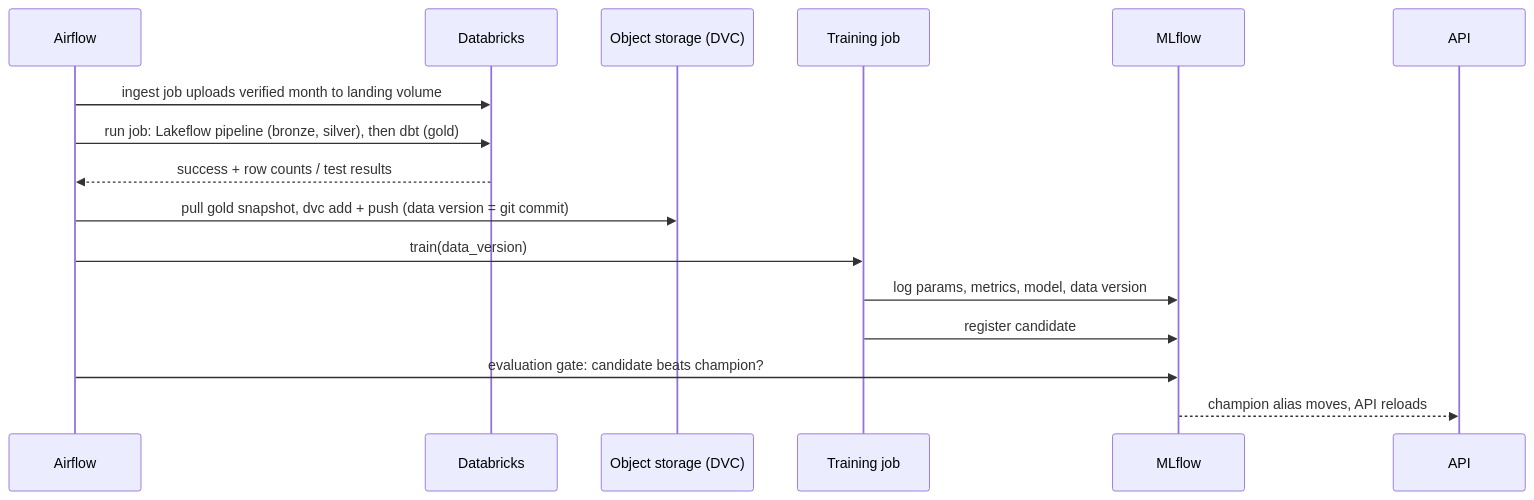
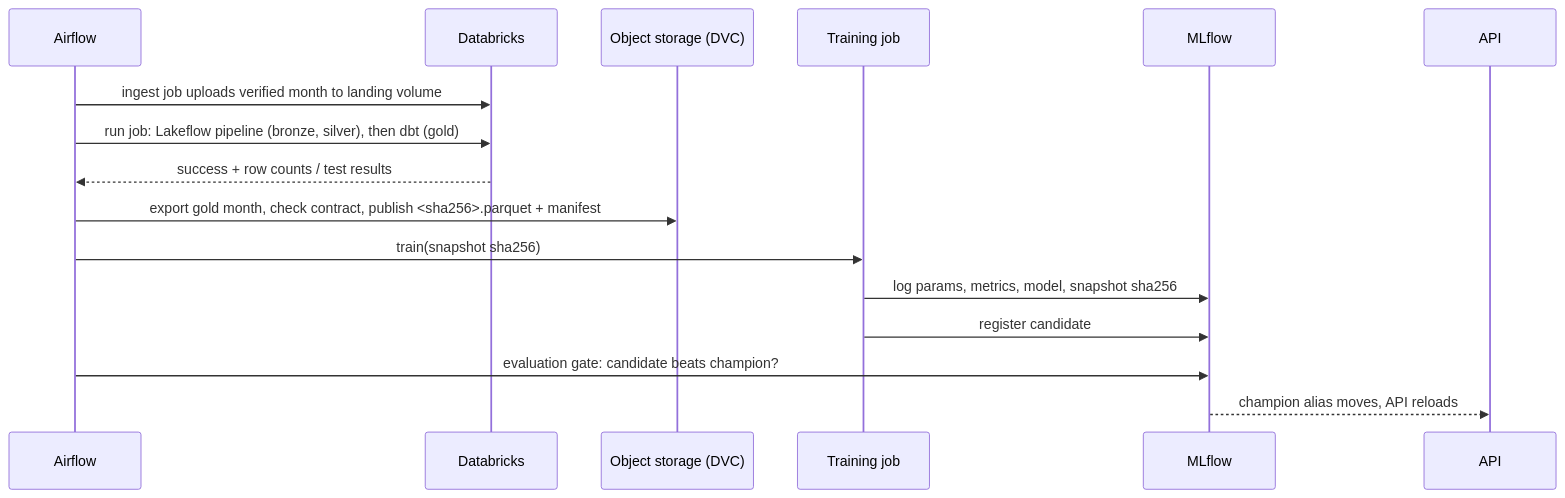
One commit to shadmanArko/nyc-taxi-lakehouse-mlops changed the diagram in docs/architecture.md. Above: the diagram before and after it, drawn with Mermaid. The commit also changed 22 other files, not shown here.

````diff
--- a/docs/architecture.md
+++ b/docs/architecture.md
@@ -46,19 +46,19 @@
 ```mermaid
 sequenceDiagram
     participant AF as Airflow
     participant DBX as Databricks
     participant OS as Object storage (DVC)
     participant TR as Training job
     participant ML as MLflow
     participant API as API
 
     AF->>DBX: ingest job uploads verified month to landing volume
     AF->>DBX: run job: Lakeflow pipeline (bronze, silver), then dbt (gold)
     DBX-->>AF: success + row counts / test results
-    AF->>OS: pull gold snapshot, dvc add + push (data version = git commit)
-    AF->>TR: train(data_version)
-    TR->>ML: log params, metrics, model, data version
+    AF->>OS: export gold month, check contract, publish <sha256>.parquet + manifest
+    AF->>TR: train(snapshot sha256)
+    TR->>ML: log params, metrics, model, snapshot sha256
     TR->>ML: register candidate
     AF->>ML: evaluation gate: candidate beats champion?
     ML-->>API: champion alias moves, API reloads
 ```
````
